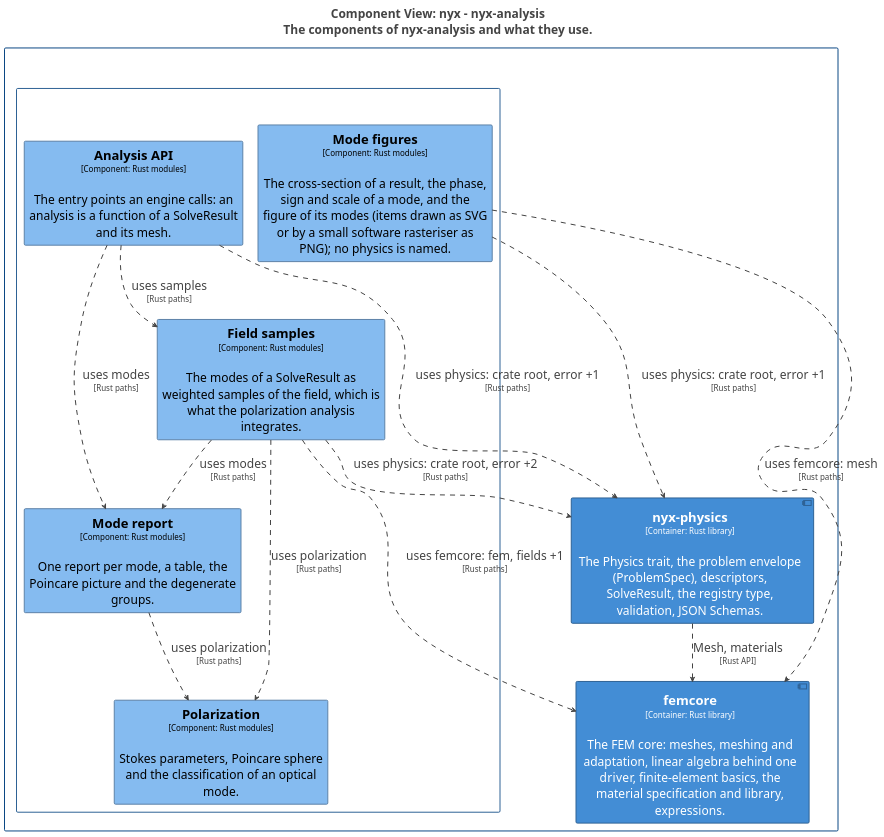
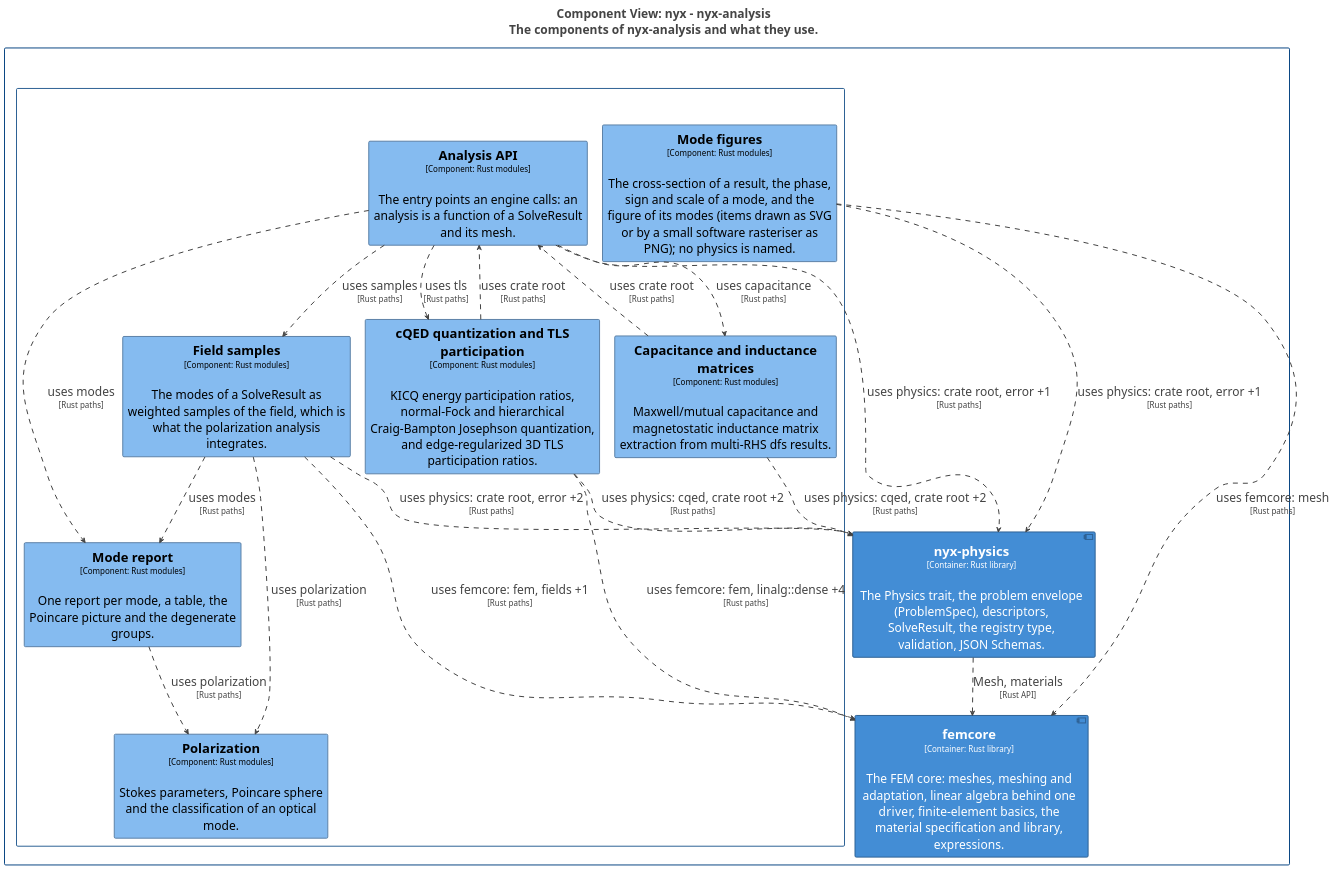
One commit to p-j-r/nyx changed the diagram in docs/architecture/c4/export/plantuml/structurizr-Components_analysis.puml. Above: the diagram before and after it, drawn with PlantUML. The commit also changed 208 other files, not shown here.

Commit message:
cqed, geom, femcore, dfs, ems, analysis, engine, materials: superconducting qubit suite (M1-M5), AGENTS.md, ADRs 102-106, contracts, API & C4 docs

```diff
--- a/docs/architecture/c4/export/plantuml/structurizr-Components_analysis.puml
+++ b/docs/architecture/c4/export/plantuml/structurizr-Components_analysis.puml
@@ -1,96 +1,105 @@
 @startuml
 title <size:24>Component View: nyx - nyx-analysis</size>\n<size:24>The components of nyx-analysis and what they use.</size>
 
 set separator none
 top to bottom direction
 skinparam ranksep 60
 skinparam nodesep 30
 hide stereotype
 
 <style>
   root {
     BackgroundColor: #ffffff;
     FontColor: #444444;
   }
   // Element,Component
   .Element-RWxlbWVudCxDb21wb25lbnQ= {
     BackgroundColor: #85bbf0;
     LineColor: #5d82a8;
     LineStyle: 0;
     LineThickness: 2;
     FontColor: #000000;
     FontSize: 24;
     HorizontalAlignment: center;
     Shadowing: 0;
     MaximumWidth: 450;
   }
   // Element,Container,Library
   .Element-RWxlbWVudCxDb250YWluZXIsTGlicmFyeQ== {
     BackgroundColor: #438dd5;
     LineColor: #2e6295;
     LineStyle: 0;
     LineThickness: 2;
     FontColor: #ffffff;
     FontSize: 24;
     HorizontalAlignment: center;
     Shadowing: 0;
     MaximumWidth: 450;
   }
   // Relationship
   .Relationship-UmVsYXRpb25zaGlw {
     LineThickness: 2;
     LineStyle: 10-10;
     LineColor: #444444;
     FontColor: #444444;
     FontSize: 24;
   }
   // nyx
   .Boundary-bnl4 {
     BackgroundColor: #ffffff;
     LineColor: #0b4884;
     LineStyle: 0;
     LineThickness: 2;
     FontColor: #ffffff;
     FontSize: 24;
     HorizontalAlignment: center;
     Shadowing: 0;
   }
   // nyx-analysis
   .Boundary-bnl4LWFuYWx5c2lz {
     BackgroundColor: #ffffff;
     LineColor: #2e6295;
     LineStyle: 0;
     LineThickness: 2;
     FontColor: #ffffff;
     FontSize: 24;
     HorizontalAlignment: center;
     Shadowing: 0;
   }
 </style>
 
 rectangle "nyx\n<size:16>[Software System]</size>" <<Boundary-bnl4>> {
   rectangle "nyx-analysis\n<size:16>[Container: Rust library]</size>" <<Boundary-bnl4LWFuYWx5c2lz>> {
     rectangle "==Analysis API\n<size:16>[Component: Rust modules]</size>\n\nThe entry points an engine calls: an analysis is a function of a SolveResult and its mesh." <<Element-RWxlbWVudCxDb21wb25lbnQ=>> as nyx.nyxanalysis.AnalysisAPI
+    rectangle "==Capacitance and inductance matrices\n<size:16>[Component: Rust modules]</size>\n\nMaxwell/mutual capacitance and magnetostatic inductance matrix extraction from multi-RHS dfs results." <<Element-RWxlbWVudCxDb21wb25lbnQ=>> as nyx.nyxanalysis.Capacitanceandinductancematrices
+    rectangle "==cQED quantization and TLS participation\n<size:16>[Component: Rust modules]</size>\n\nKICQ energy participation ratios, normal-Fock and hierarchical Craig-Bampton Josephson quantization, and edge-regularized 3D TLS participation ratios." <<Element-RWxlbWVudCxDb21wb25lbnQ=>> as nyx.nyxanalysis.cQEDquantizationandTLSparticipation
     rectangle "==Field samples\n<size:16>[Component: Rust modules]</size>\n\nThe modes of a SolveResult as weighted samples of the field, which is what the polarization analysis integrates." <<Element-RWxlbWVudCxDb21wb25lbnQ=>> as nyx.nyxanalysis.Fieldsamples
     rectangle "==Polarization\n<size:16>[Component: Rust modules]</size>\n\nStokes parameters, Poincare sphere and the classification of an optical mode." <<Element-RWxlbWVudCxDb21wb25lbnQ=>> as nyx.nyxanalysis.Polarization
     rectangle "==Mode report\n<size:16>[Component: Rust modules]</size>\n\nOne report per mode, a table, the Poincare picture and the degenerate groups." <<Element-RWxlbWVudCxDb21wb25lbnQ=>> as nyx.nyxanalysis.Modereport
     rectangle "==Mode figures\n<size:16>[Component: Rust modules]</size>\n\nThe cross-section of a result, the phase, sign and scale of a mode, and the figure of its modes (items drawn as SVG or by a small software rasteriser as PNG); no physics is named." <<Element-RWxlbWVudCxDb21wb25lbnQ=>> as nyx.nyxanalysis.Modefigures
   }
 
   component "==nyx-physics\n<size:16>[Container: Rust library]</size>\n\nThe Physics trait, the problem envelope (ProblemSpec), descriptors, SolveResult, the registry type, validation, JSON Schemas." <<Element-RWxlbWVudCxDb250YWluZXIsTGlicmFyeQ==>> as nyx.nyxphysics
   component "==femcore\n<size:16>[Container: Rust library]</size>\n\nThe FEM core: meshes, meshing and adaptation, linear algebra behind one driver, finite-element basics, the material specification and library, expressions." <<Element-RWxlbWVudCxDb250YWluZXIsTGlicmFyeQ==>> as nyx.femcore
 }
 
 nyx.nyxphysics --> nyx.femcore <<Relationship-UmVsYXRpb25zaGlw>> : "Mesh, materials\n<size:16>[Rust API]</size>"
 nyx.nyxanalysis.AnalysisAPI --> nyx.nyxphysics <<Relationship-UmVsYXRpb25zaGlw>> : "uses physics: crate root, error +1\n<size:16>[Rust paths]</size>"
+nyx.nyxanalysis.AnalysisAPI --> nyx.nyxanalysis.Capacitanceandinductancematrices <<Relationship-UmVsYXRpb25zaGlw>> : "uses capacitance\n<size:16>[Rust paths]</size>"
+nyx.nyxanalysis.AnalysisAPI --> nyx.nyxanalysis.cQEDquantizationandTLSparticipation <<Relationship-UmVsYXRpb25zaGlw>> : "uses tls\n<size:16>[Rust paths]</size>"
 nyx.nyxanalysis.AnalysisAPI --> nyx.nyxanalysis.Modereport <<Relationship-UmVsYXRpb25zaGlw>> : "uses modes\n<size:16>[Rust paths]</size>"
 nyx.nyxanalysis.AnalysisAPI --> nyx.nyxanalysis.Fieldsamples <<Relationship-UmVsYXRpb25zaGlw>> : "uses samples\n<size:16>[Rust paths]</size>"
+nyx.nyxanalysis.Capacitanceandinductancematrices --> nyx.nyxphysics <<Relationship-UmVsYXRpb25zaGlw>> : "uses physics: cqed, crate root +2\n<size:16>[Rust paths]</size>"
+nyx.nyxanalysis.Capacitanceandinductancematrices --> nyx.nyxanalysis.AnalysisAPI <<Relationship-UmVsYXRpb25zaGlw>> : "uses crate root\n<size:16>[Rust paths]</size>"
+nyx.nyxanalysis.cQEDquantizationandTLSparticipation --> nyx.femcore <<Relationship-UmVsYXRpb25zaGlw>> : "uses femcore: fem, linalg::dense +4\n<size:16>[Rust paths]</size>"
+nyx.nyxanalysis.cQEDquantizationandTLSparticipation --> nyx.nyxphysics <<Relationship-UmVsYXRpb25zaGlw>> : "uses physics: cqed, crate root +2\n<size:16>[Rust paths]</size>"
+nyx.nyxanalysis.cQEDquantizationandTLSparticipation --> nyx.nyxanalysis.AnalysisAPI <<Relationship-UmVsYXRpb25zaGlw>> : "uses crate root\n<size:16>[Rust paths]</size>"
 nyx.nyxanalysis.Modefigures --> nyx.femcore <<Relationship-UmVsYXRpb25zaGlw>> : "uses femcore: mesh\n<size:16>[Rust paths]</size>"
 nyx.nyxanalysis.Modefigures --> nyx.nyxphysics <<Relationship-UmVsYXRpb25zaGlw>> : "uses physics: crate root, error +1\n<size:16>[Rust paths]</size>"
 nyx.nyxanalysis.Modereport --> nyx.nyxanalysis.Polarization <<Relationship-UmVsYXRpb25zaGlw>> : "uses polarization\n<size:16>[Rust paths]</size>"
 nyx.nyxanalysis.Fieldsamples --> nyx.femcore <<Relationship-UmVsYXRpb25zaGlw>> : "uses femcore: fem, fields +1\n<size:16>[Rust paths]</size>"
 nyx.nyxanalysis.Fieldsamples --> nyx.nyxphysics <<Relationship-UmVsYXRpb25zaGlw>> : "uses physics: crate root, error +2\n<size:16>[Rust paths]</size>"
 nyx.nyxanalysis.Fieldsamples --> nyx.nyxanalysis.Modereport <<Relationship-UmVsYXRpb25zaGlw>> : "uses modes\n<size:16>[Rust paths]</size>"
 nyx.nyxanalysis.Fieldsamples --> nyx.nyxanalysis.Polarization <<Relationship-UmVsYXRpb25zaGlw>> : "uses polarization\n<size:16>[Rust paths]</size>"
 
 @enduml
```
